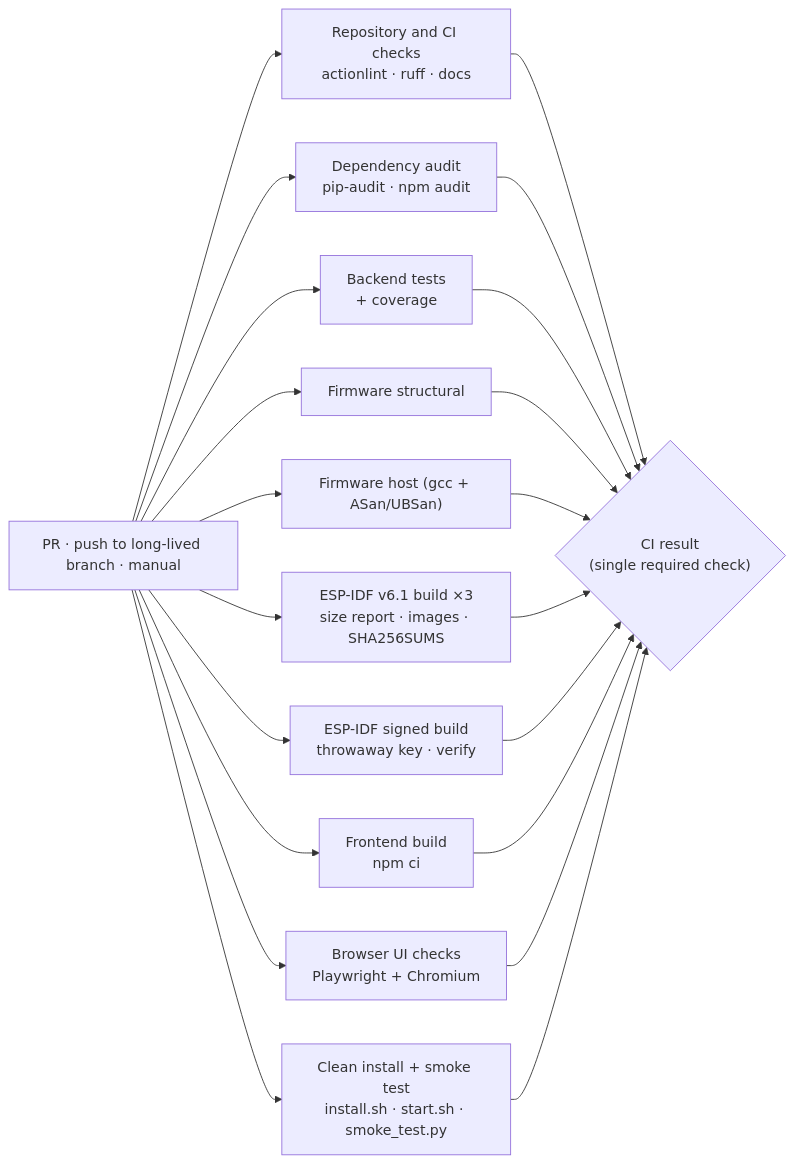
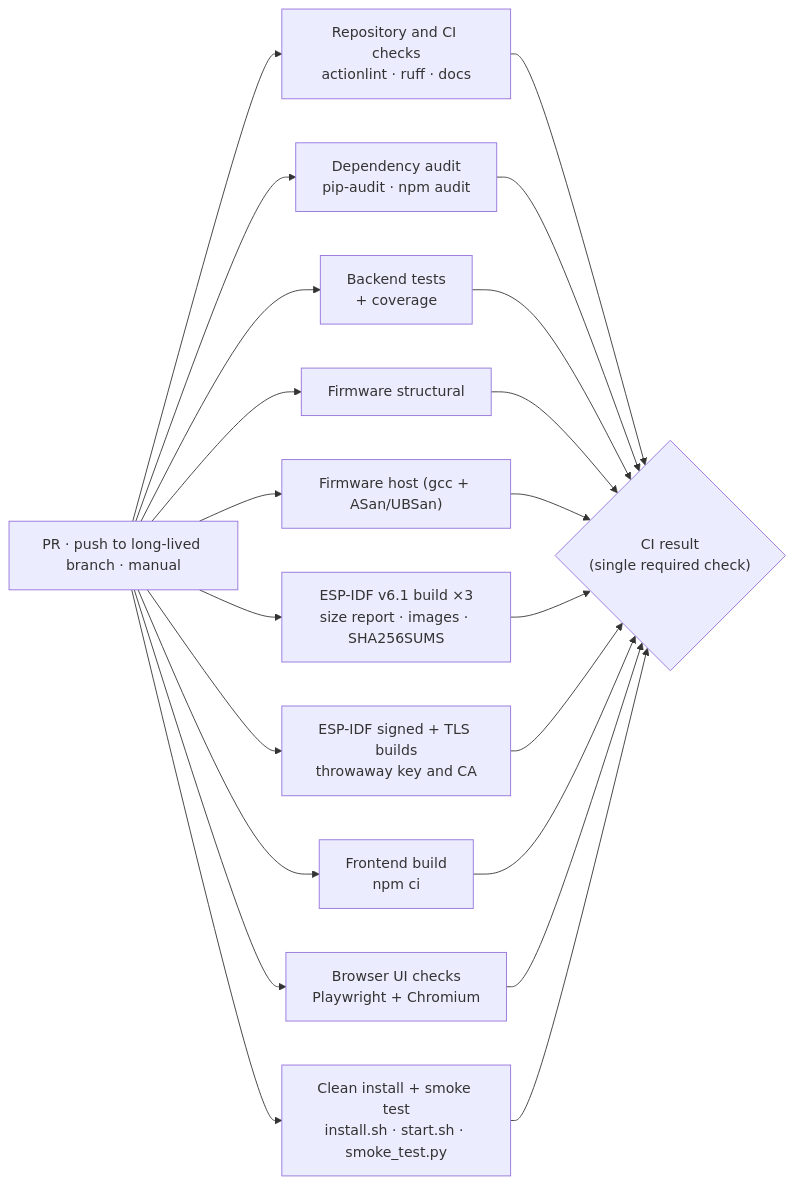
The second of 2 diagrams in docs/guides/testing.md (Kush-Kelaiya22/imPress), drawn with Mermaid before and after one commit. The commit also changed other lines of this file and 22 other files, not shown here.

````diff
--- a/docs/guides/testing.md
+++ b/docs/guides/testing.md
@@ -238,14 +239,14 @@
 ```mermaid
 flowchart LR
     T["PR · push to long-lived branch · manual"] --> R["Repository and CI checks<br/>actionlint · ruff · docs"]
     T --> A["Dependency audit<br/>pip-audit · npm audit"]
     T --> B["Backend tests<br/>+ coverage"]
     T --> S["Firmware structural"]
     T --> H["Firmware host (gcc + ASan/UBSan)"]
     T --> I["ESP-IDF v6.1 build ×3<br/>size report · images · SHA256SUMS"]
-    T --> Q["ESP-IDF signed build<br/>throwaway key · verify"]
+    T --> Q["ESP-IDF signed + TLS builds<br/>throwaway key and CA"]
     T --> F["Frontend build<br/>npm ci"]
     T --> K["Clean install + smoke test<br/>install.sh · start.sh · smoke_test.py"]
     T --> U["Browser UI checks<br/>Playwright + Chromium"]
     R & A & B & S & H & I & Q & F & U & K --> G{"CI result<br/>(single required check)"}
 ```
````
